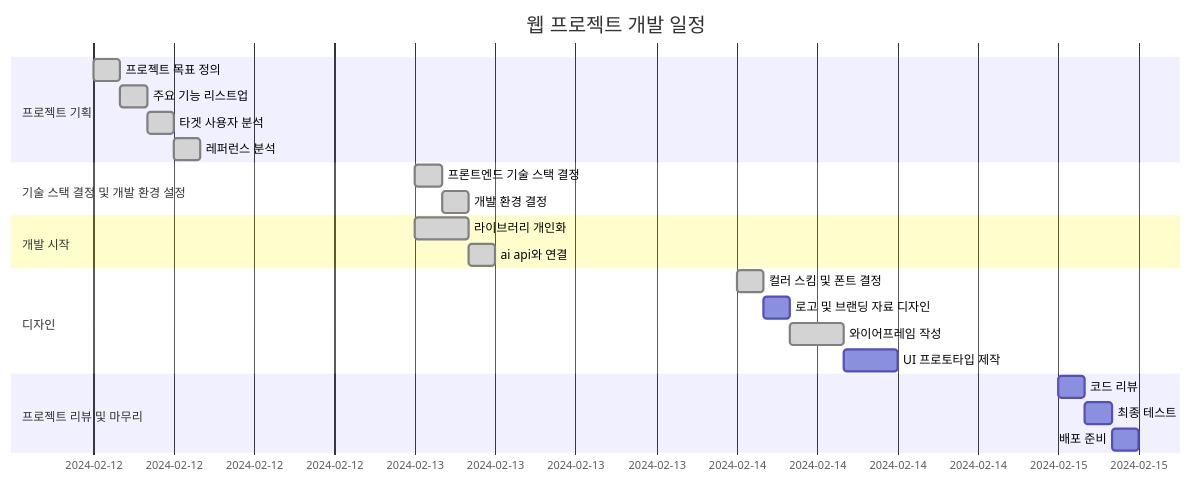
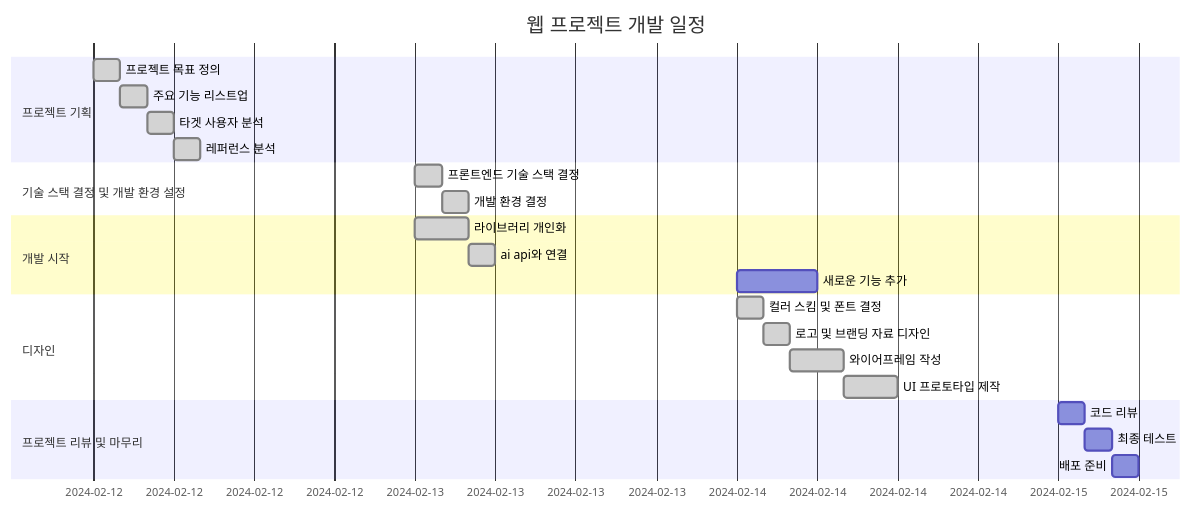
Before and after one commit to matty255/code-helper: the first of 2 diagrams in README.md, drawn with Mermaid. The commit also changed other lines of this file, not shown here.

````diff
--- a/README.md
+++ b/README.md
@@ -15,31 +15,33 @@
 ```mermaid
 gantt
     dateFormat  MM-DD
     title 웹 프로젝트 개발 일정
 
     section 프로젝트 기획
     프로젝트 목표 정의          :done,    des1, 02-12, 2h
     주요 기능 리스트업         :done,       des2, after des1, 2h
     타겟 사용자 분석           :done,      des3, after des2, 2h
     레퍼런스 분석               :done,     des4, after des3, 2h
 
     section 기술 스택 결정 및 개발 환경 설정
     프론트엔드 기술 스택 결정  :done,       des5, 02-13, 2h
     개발 환경 결정             :done,      des6, after des5, 2h
 
     section 개발 시작
     라이브러리 개인화          :done,      des7, 02-13, 4h
     ai api와 연결             :done,     des8, after des7, 2h
+    새로운 기능 추가             :    des8, 02-14, 6h
+
 
     section 디자인
     컬러 스킴 및 폰트 결정     :done,         des9, 02-14, 2h
-    로고 및 브랜딩 자료 디자인 :         des10, after des9, 2h
+    로고 및 브랜딩 자료 디자인 :done,        des10, after des9, 2h
     와이어프레임 작성          :done,         des11, after des10, 4h
-    UI 프로토타입 제작         :         des12, after des11, 4h
+    UI 프로토타입 제작         :done,         des12, after des11, 4h
 
     section 프로젝트 리뷰 및 마무리
     코드 리뷰                 :         des13, 02-15, 2h
     최종 테스트               :         des14, after des13, 2h
     배포 준비                 :         des15, after des14, 2h
 
 ```
````
